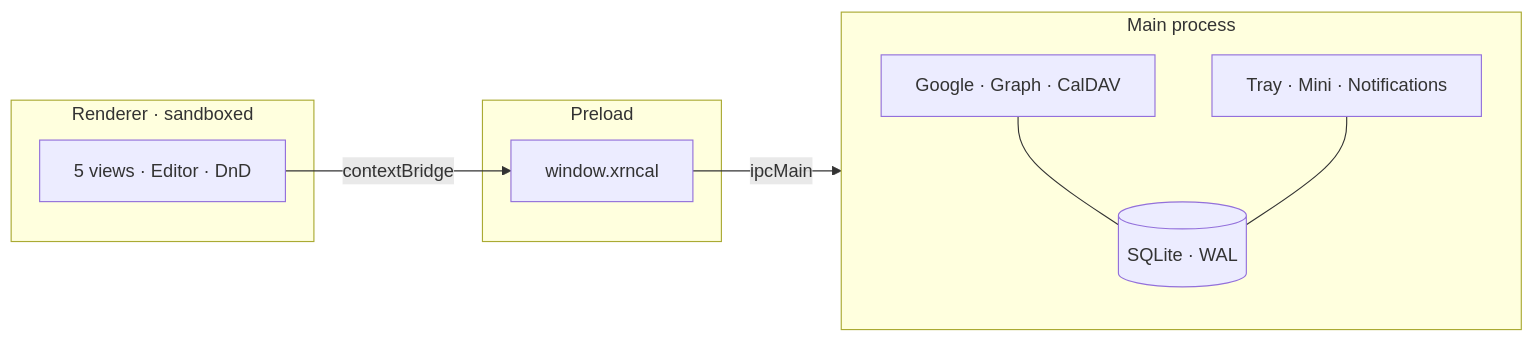
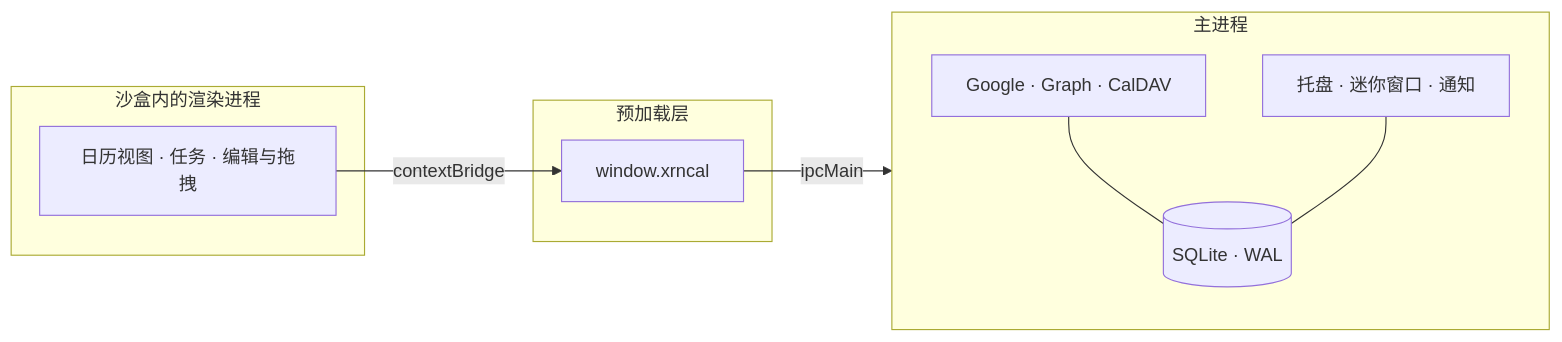
The diagram in README.md (immoke/xrncal-desktop), drawn with Mermaid before and after one commit. The commit also changed other lines of this file and 27 other files, not shown here.

````diff
--- a/README.md
+++ b/README.md
@@ -341,18 +261,18 @@
 ```mermaid
 flowchart LR
-  subgraph renderer [Renderer · sandboxed]
-    UI[5 views · Editor · DnD]
+  subgraph renderer [沙盒内的渲染进程]
+    UI[日历视图 · 任务 · 编辑与拖拽]
   end
-  subgraph preload [Preload]
+  subgraph preload [预加载层]
     Bridge["window.xrncal"]
   end
-  subgraph main [Main process]
+  subgraph main [主进程]
     DB[(SQLite · WAL)]
     Sync[Google · Graph · CalDAV]
-    OS[Tray · Mini · Notifications]
+    OS[托盘 · 迷你窗口 · 通知]
   end
   UI -->|"contextBridge"| Bridge
   Bridge -->|"ipcMain"| main
   Sync --- DB
   OS --- DB
 ```
````
